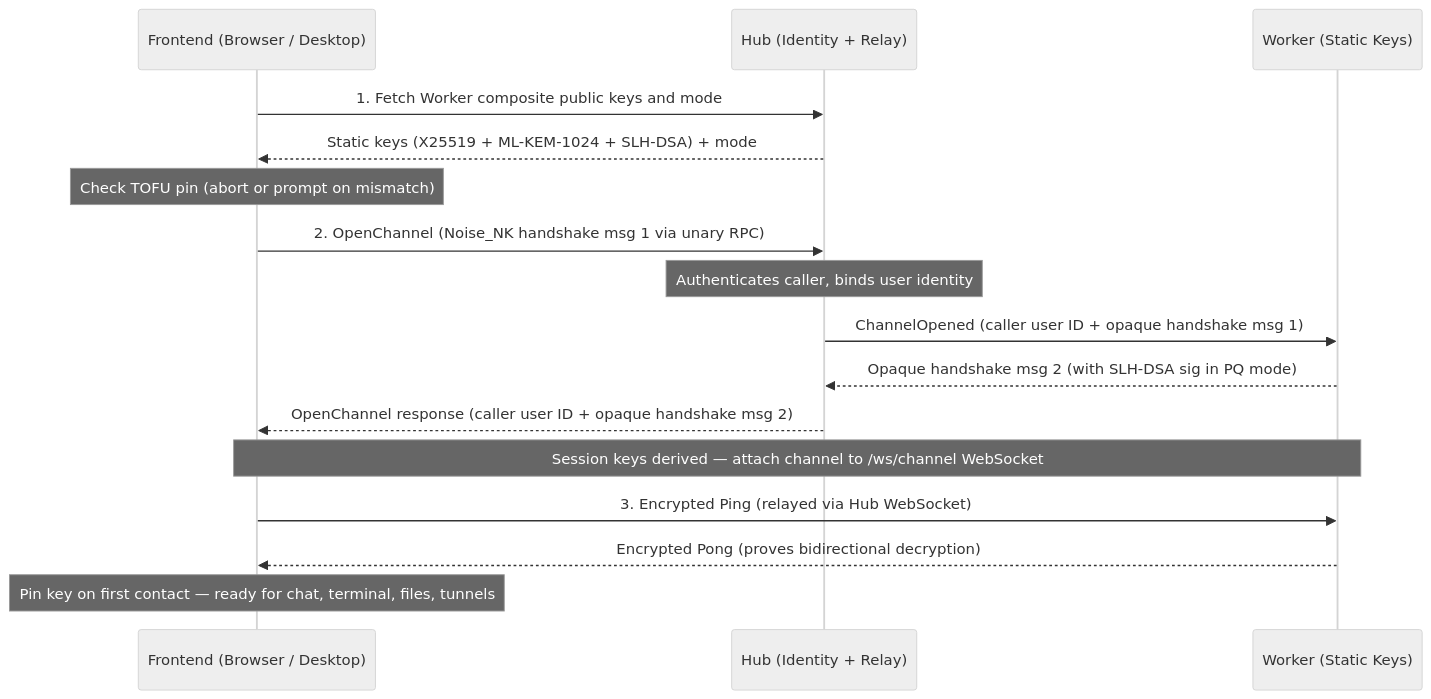
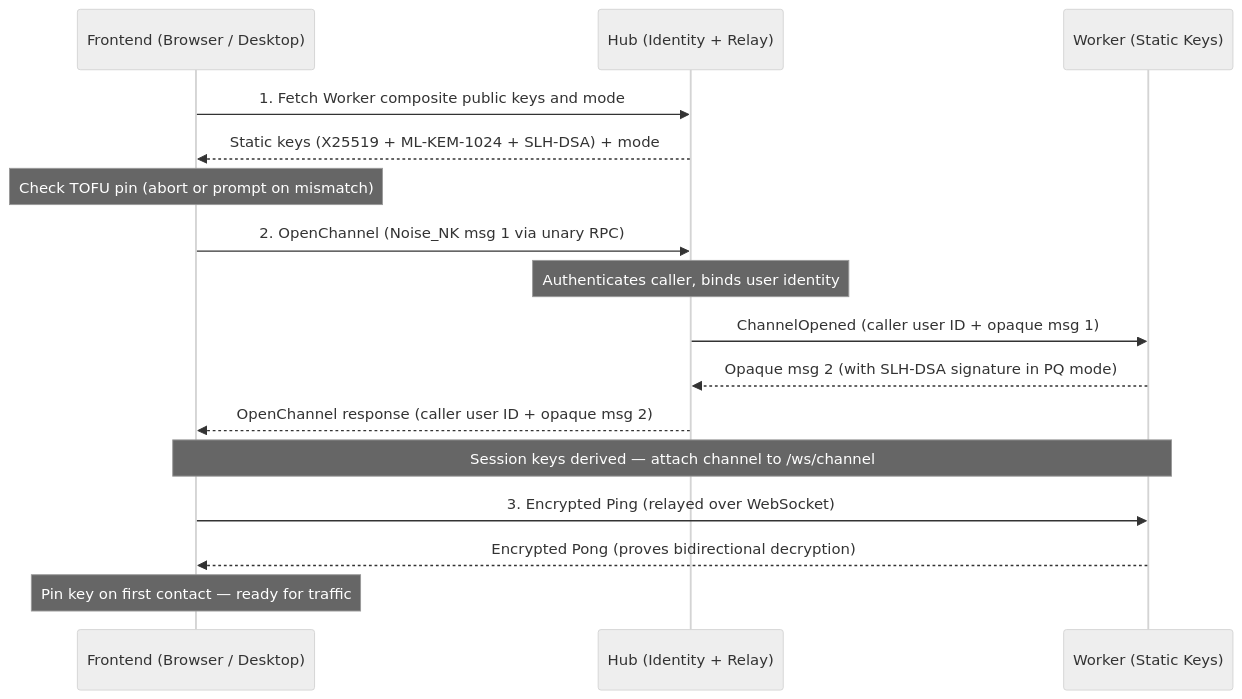
One commit to leapmux/leapmux changed the diagram in site/content/docs/admin/cryptography.md. Above: the diagram before and after it, drawn with Mermaid (neutral theme). The commit also changed other lines of this file and 165 other files, not shown here.

````diff
--- a/site/content/docs/admin/cryptography.md
+++ b/site/content/docs/admin/cryptography.md
@@ -19,19 +19,19 @@
 ```mermaid
 sequenceDiagram
     participant F as Frontend (Browser / Desktop)
     participant H as Hub (Identity + Relay)
     participant W as Worker (Static Keys)
 
     F->>H: 1. Fetch Worker composite public keys and mode
     H-->>F: Static keys (X25519 + ML-KEM-1024 + SLH-DSA) + mode
     Note over F: Check TOFU pin (abort or prompt on mismatch)
-    F->>H: 2. OpenChannel (Noise_NK handshake msg 1 via unary RPC)
+    F->>H: 2. OpenChannel (Noise_NK msg 1 via unary RPC)
     Note over H: Authenticates caller, binds user identity
-    H->>W: ChannelOpened (caller user ID + opaque handshake msg 1)
-    W-->>H: Opaque handshake msg 2 (with SLH-DSA sig in PQ mode)
-    H-->>F: OpenChannel response (caller user ID + opaque handshake msg 2)
-    Note over F,W: Session keys derived — attach channel to /ws/channel WebSocket
-    F->>W: 3. Encrypted Ping (relayed via Hub WebSocket)
+    H->>W: ChannelOpened (caller user ID + opaque msg 1)
+    W-->>H: Opaque msg 2 (with SLH-DSA signature in PQ mode)
+    H-->>F: OpenChannel response (caller user ID + opaque msg 2)
+    Note over F,W: Session keys derived — attach channel to /ws/channel
+    F->>W: 3. Encrypted Ping (relayed over WebSocket)
     W-->>F: Encrypted Pong (proves bidirectional decryption)
-    Note over F: Pin key on first contact — ready for chat, terminal, files, tunnels
+    Note over F: Pin key on first contact — ready for traffic
 ```
````
